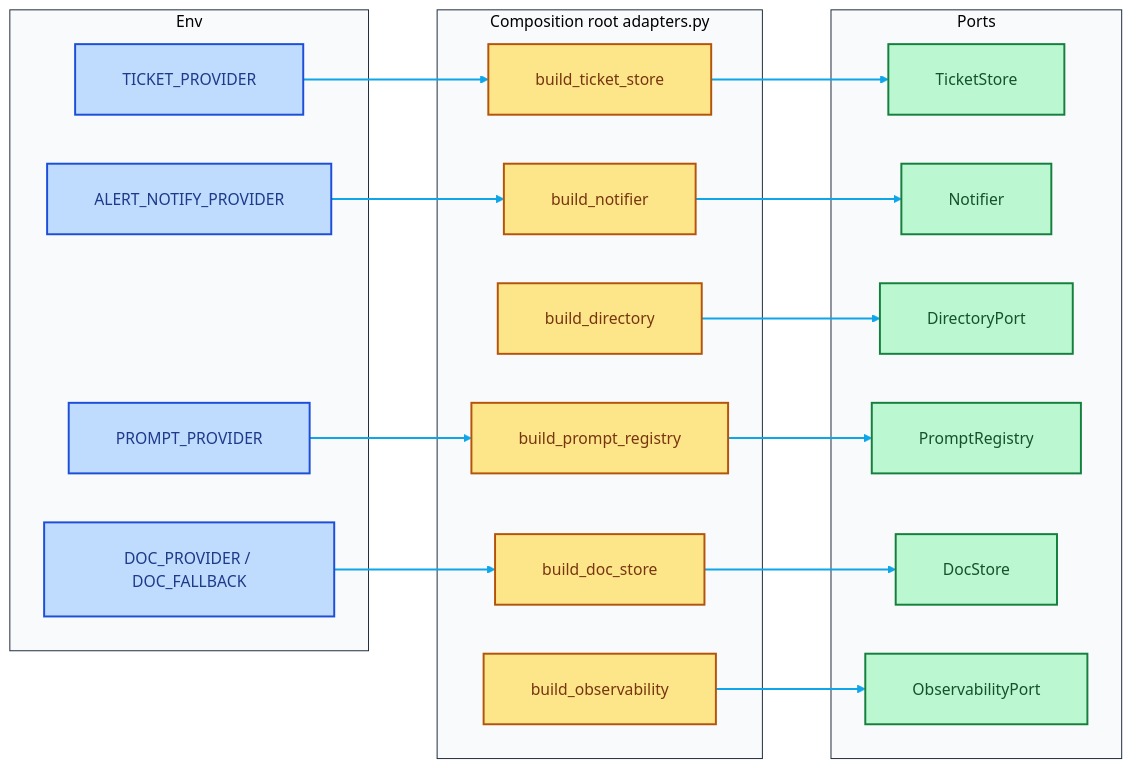
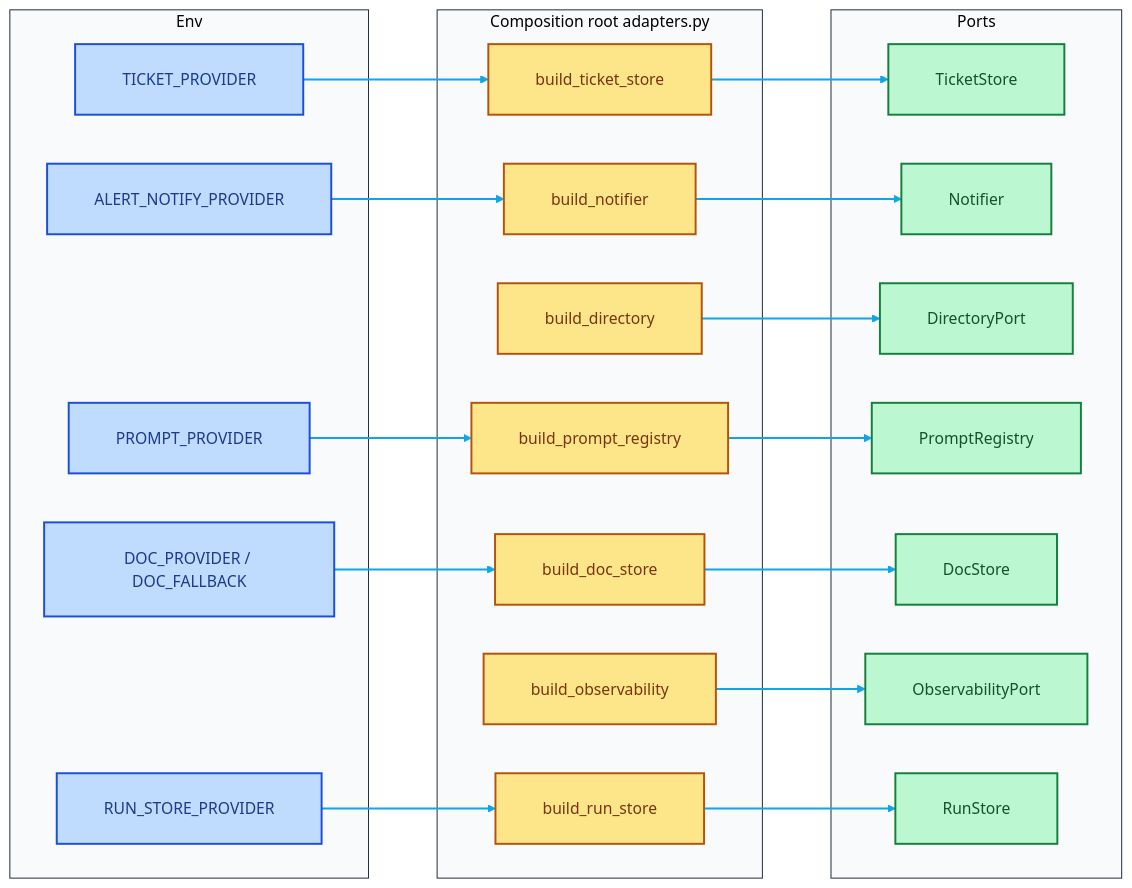
The diagram in docs/agent-platform/sheets/ports.mmd (AM-Portfolio/am-agents), drawn with Mermaid before and after one commit. The commit also changed 9 other files, not shown here.

First line of the commit message:
docs: update agent platform design and documentation for RunStore integration

```diff
--- a/docs/agent-platform/sheets/ports.mmd
+++ b/docs/agent-platform/sheets/ports.mmd
@@ -1,43 +1,47 @@
 %%{init: {"theme":"base","themeVariables":{"darkMode":false,"background":"#FFFFFF","fontFamily":"Segoe UI, Inter, system-ui, sans-serif","fontSize":"16px","primaryColor":"#EFF6FF","primaryTextColor":"#0F172A","primaryBorderColor":"#2563EB","secondaryColor":"#F8FAFC","lineColor":"#0EA5E9","textColor":"#0F172A","mainBkg":"#EFF6FF","clusterBkg":"#F8FAFC","clusterBorder":"#1E293B","edgeLabelBackground":"#FFFFFF"},"themeCSS":"svg{background-color:#FFFFFF!important}.edgePath .path,.flowchart-link,path.path{stroke:#0EA5E9!important;stroke-width:2px!important}.arrowheadPath,marker path{fill:#0EA5E9!important;stroke:#0EA5E9!important}.cluster rect{fill:#F8FAFC!important;stroke:#1E293B!important;stroke-width:2.5px!important}.cluster-label span,.cluster-label foreignObject div,.cluster-label foreignObject span{color:#020617!important;font-weight:700!important;font-size:15px!important;background-color:#E2E8F0!important;padding:2px 8px!important;border-radius:4px!important}.nodeLabel,.label,.edgeLabel{color:#0F172A!important;font-weight:600}","flowchart":{"curve":"basis","htmlLabels":true,"padding":24,"nodeSpacing":50,"rankSpacing":70}} }%%
 flowchart LR
   subgraph factories ["Composition root adapters.py"]
     F1["build_ticket_store"]
     F2["build_notifier"]
     F3["build_directory"]
     F4["build_prompt_registry"]
     F5["build_doc_store"]
     F6["build_observability"]
+    F7["build_run_store"]
   end
 
   subgraph env ["Env"]
     E1["TICKET_PROVIDER"]
     E2["ALERT_NOTIFY_PROVIDER"]
     E3["PROMPT_PROVIDER"]
     E4["DOC_PROVIDER / DOC_FALLBACK"]
+    E5["RUN_STORE_PROVIDER"]
   end
 
   subgraph ports ["Ports"]
     TicketStore
     Notifier
     DirectoryPort
     PromptRegistry
     DocStore
     ObservabilityPort
+    RunStore
   end
 
   E1 --> F1 --> TicketStore
   E2 --> F2 --> Notifier
   F3 --> DirectoryPort
   E3 --> F4 --> PromptRegistry
   E4 --> F5 --> DocStore
   F6 --> ObservabilityPort
+  E5 --> F7 --> RunStore
 
   linkStyle default stroke:#0EA5E9,stroke-width:2px,color:#0F172A
 
   classDef core fill:#BBF7D0,stroke:#15803D,stroke-width:2px,color:#14532D
   classDef provider fill:#FDE68A,stroke:#B45309,stroke-width:2px,color:#78350F
   classDef dest fill:#BFDBFE,stroke:#1D4ED8,stroke-width:2px,color:#1E3A8A
 
-  class TicketStore,Notifier,DirectoryPort,PromptRegistry,DocStore,ObservabilityPort core
-  class F1,F2,F3,F4,F5,F6 provider
-  class E1,E2,E3,E4 dest
+  class TicketStore,Notifier,DirectoryPort,PromptRegistry,DocStore,ObservabilityPort,RunStore core
+  class F1,F2,F3,F4,F5,F6,F7 provider
+  class E1,E2,E3,E4,E5 dest
```
